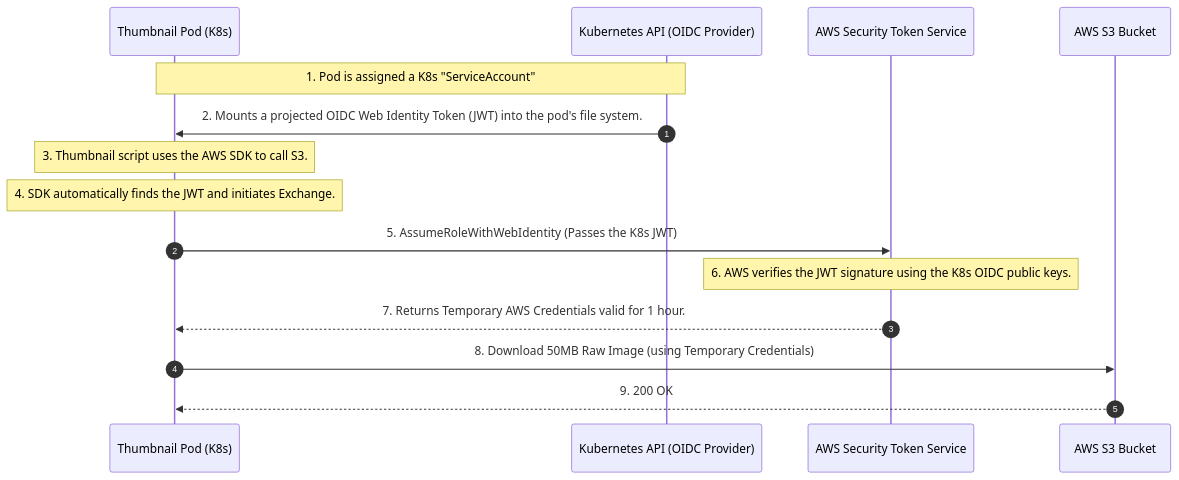
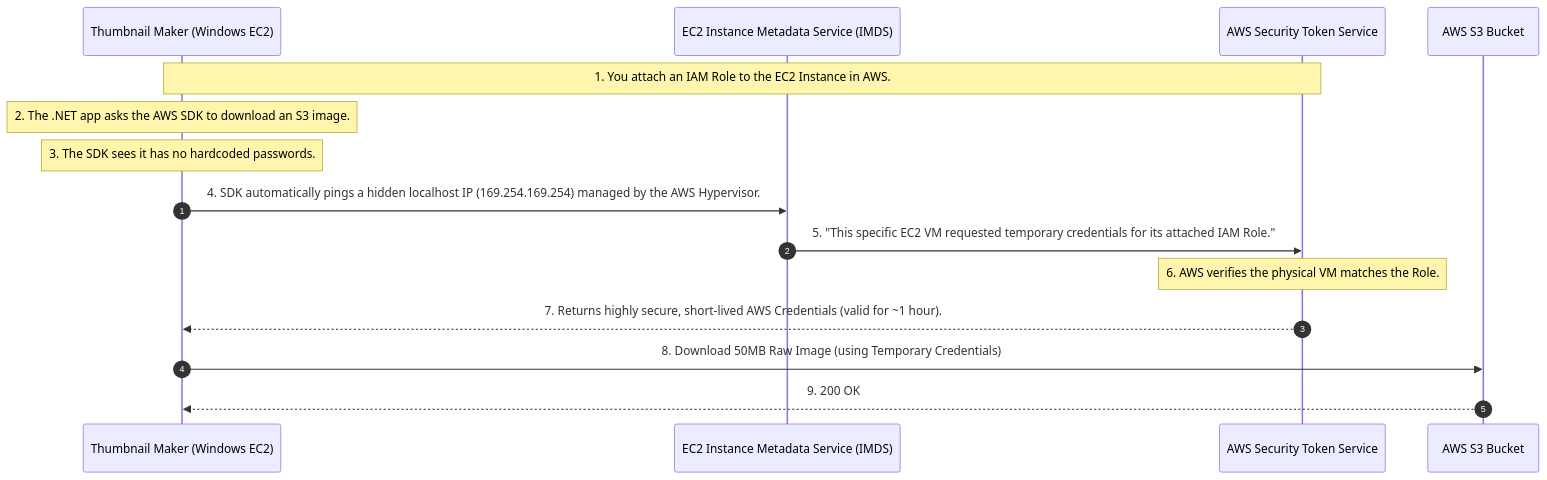
Before and after one commit to nirajp82/IdentityAccessManagement_IAM: the third of 4 diagrams in Quiz/05_machine_to_machine_m2m_and_workload_identity.md, drawn with Mermaid. The commit also changed other lines of this file, not shown here.

````diff
--- a/Quiz/05_machine_to_machine_m2m_and_workload_identity.md
+++ b/Quiz/05_machine_to_machine_m2m_and_workload_identity.md
@@ -387,23 +388,23 @@
 ```mermaid
 sequenceDiagram
     autonumber
-    participant Pod as Thumbnail Pod (K8s)
-    participant Kube as Kubernetes API (OIDC Provider)
+    participant App as Thumbnail Maker (Windows EC2)
+    participant LocalHost as EC2 Instance Metadata Service (IMDS)
     participant AWS_STS as AWS Security Token Service
     participant S3 as AWS S3 Bucket
 
-    Note over Pod,Kube: 1. Pod is assigned a K8s "ServiceAccount"
-    Kube->>Pod: 2. Mounts a projected OIDC Web Identity Token (JWT) into the pod's file system.
+    Note over App,AWS_STS: 1. You attach an IAM Role to the EC2 Instance in AWS.
     
-    Note over Pod: 3. Thumbnail script uses the AWS SDK to call S3.
-    Note over Pod: 4. SDK automatically finds the JWT and initiates Exchange.
+    Note over App: 2. The .NET app asks the AWS SDK to download an S3 image.
+    Note over App: 3. The SDK sees it has no hardcoded passwords.
     
-    Pod->>AWS_STS: 5. AssumeRoleWithWebIdentity (Passes the K8s JWT)
+    App->>LocalHost: 4. SDK automatically pings a hidden localhost IP (169.254.169.254) managed by the AWS Hypervisor.
+    LocalHost->>AWS_STS: 5. "This specific EC2 VM requested temporary credentials for its attached IAM Role."
     
-    Note over AWS_STS: 6. AWS verifies the JWT signature using the K8s OIDC public keys.
-    AWS_STS-->>Pod: 7. Returns Temporary AWS Credentials valid for 1 hour.
+    Note over AWS_STS: 6. AWS verifies the physical VM matches the Role.
+    AWS_STS-->>App: 7. Returns highly secure, short-lived AWS Credentials (valid for ~1 hour).
     
-    Pod->>S3: 8. Download 50MB Raw Image (using Temporary Credentials)
-    S3-->>Pod: 9. 200 OK
+    App->>S3: 8. Download 50MB Raw Image (using Temporary Credentials)
+    S3-->>App: 9. 200 OK
 
 ```
````
